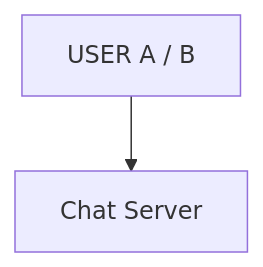
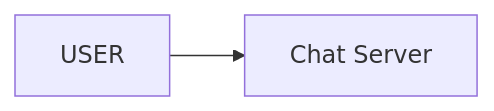
The first of 12 diagrams in 04_HLD/SYSTEM_DESIGNS/14_chat_messaging/14_chat_messaging.md (ArpanMaheshwari144/Prep), drawn with Mermaid before and after one commit. The commit also changed other lines of this file, not shown here.

Commit message:
chat: one-day story, short cards, follow-ups with rules, highlighted diagrams

````diff
--- a/04_HLD/SYSTEM_DESIGNS/14_chat_messaging/14_chat_messaging.md
+++ b/04_HLD/SYSTEM_DESIGNS/14_chat_messaging/14_chat_messaging.md
@@ -95,6 +106,6 @@
 ```mermaid
-flowchart TD
-    n_USER_A_B["USER A / B"]
-    n_Chat_Server["Chat Server"]
-    n_USER_A_B --> n_Chat_Server
+flowchart LR
+    n_USER["USER"]
+    n_CS["Chat Server"]
+    n_USER --> n_CS
 ```
````
